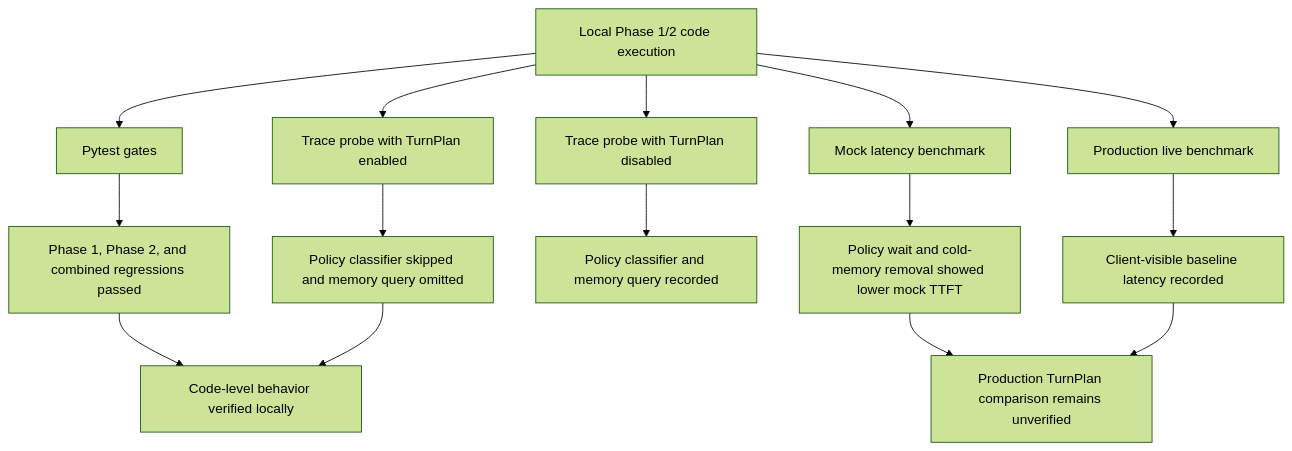
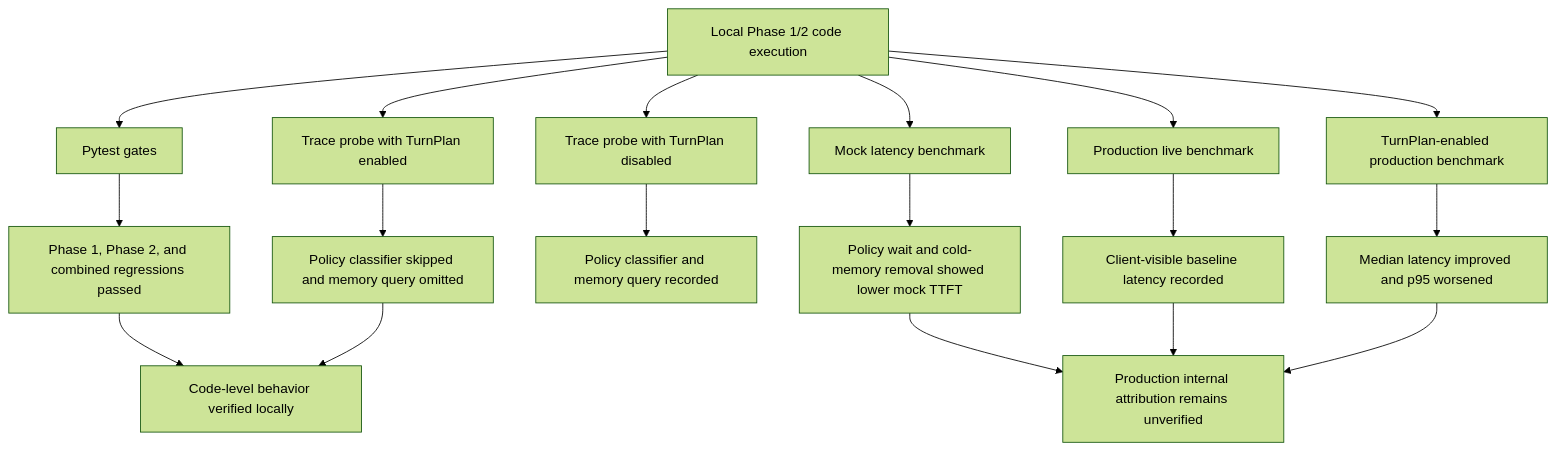
One commit to CongJie-Pan/AREQA changed the second of 2 diagrams in docs/worklog/202607/2026_07_19_experiment/experiment_report.md. Above: the diagram before and after it, drawn with Mermaid (forest theme). The commit also changed other lines of this file and 6 other files, not shown here.

Commit message:
feat(experiment): update production latency benchmark with TurnPlan results

````diff
--- a/docs/worklog/202607/2026_07_19_experiment/experiment_report.md
+++ b/docs/worklog/202607/2026_07_19_experiment/experiment_report.md
@@ -63,17 +64,20 @@
 ```mermaid
 flowchart TD
     A["Local Phase 1/2 code execution"] --> B["Pytest gates"]
     B --> C["Phase 1, Phase 2, and combined regressions passed"]
     A --> D["Mock latency benchmark"]
     D --> E["Policy wait and cold-memory removal showed lower mock TTFT"]
     A --> F["Trace probe with TurnPlan disabled"]
     F --> G["Policy classifier and memory query recorded"]
     A --> H["Trace probe with TurnPlan enabled"]
     H --> I["Policy classifier skipped and memory query omitted"]
     A --> L["Production live benchmark"]
     L --> M["Client-visible baseline latency recorded"]
+    A --> N["TurnPlan-enabled production benchmark"]
+    N --> O["Median latency improved and p95 worsened"]
     C --> J["Code-level behavior verified locally"]
-    E --> K["Production TurnPlan comparison remains unverified"]
+    E --> K["Production internal attribution remains unverified"]
     I --> J
     M --> K
+    O --> K
 ```
````
